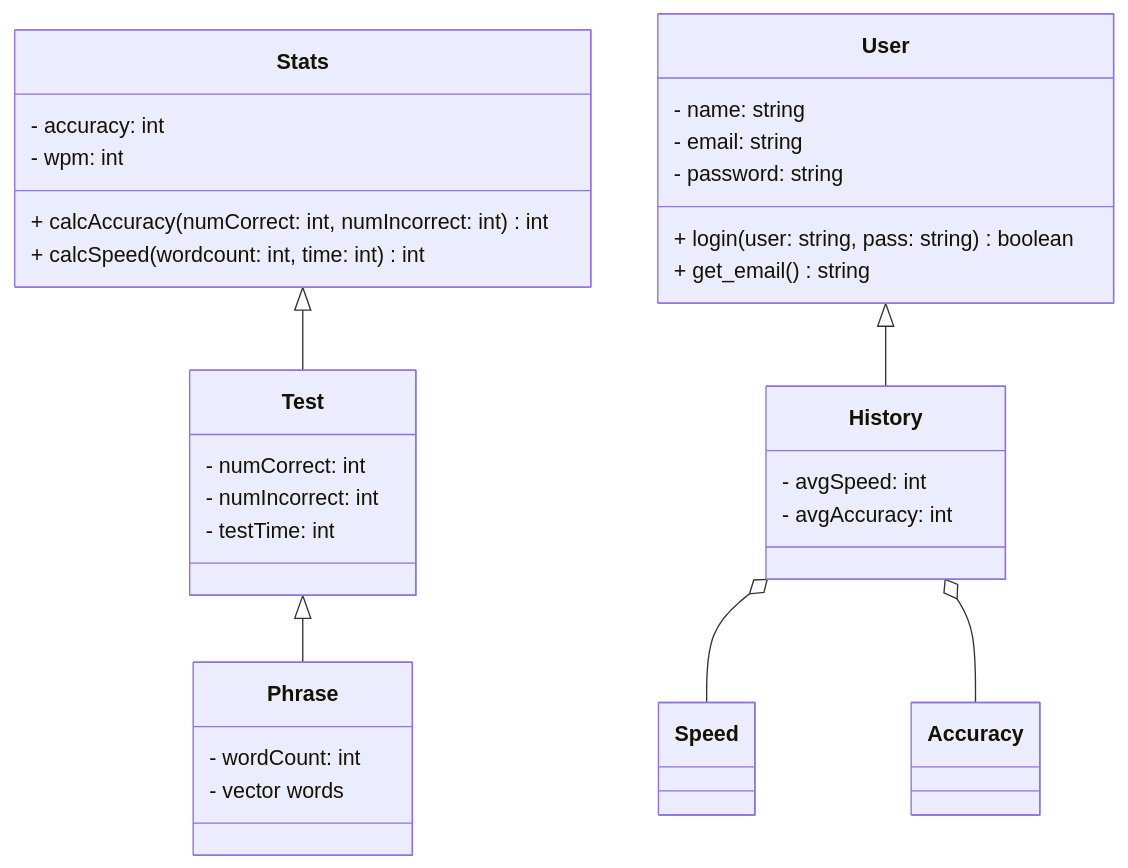
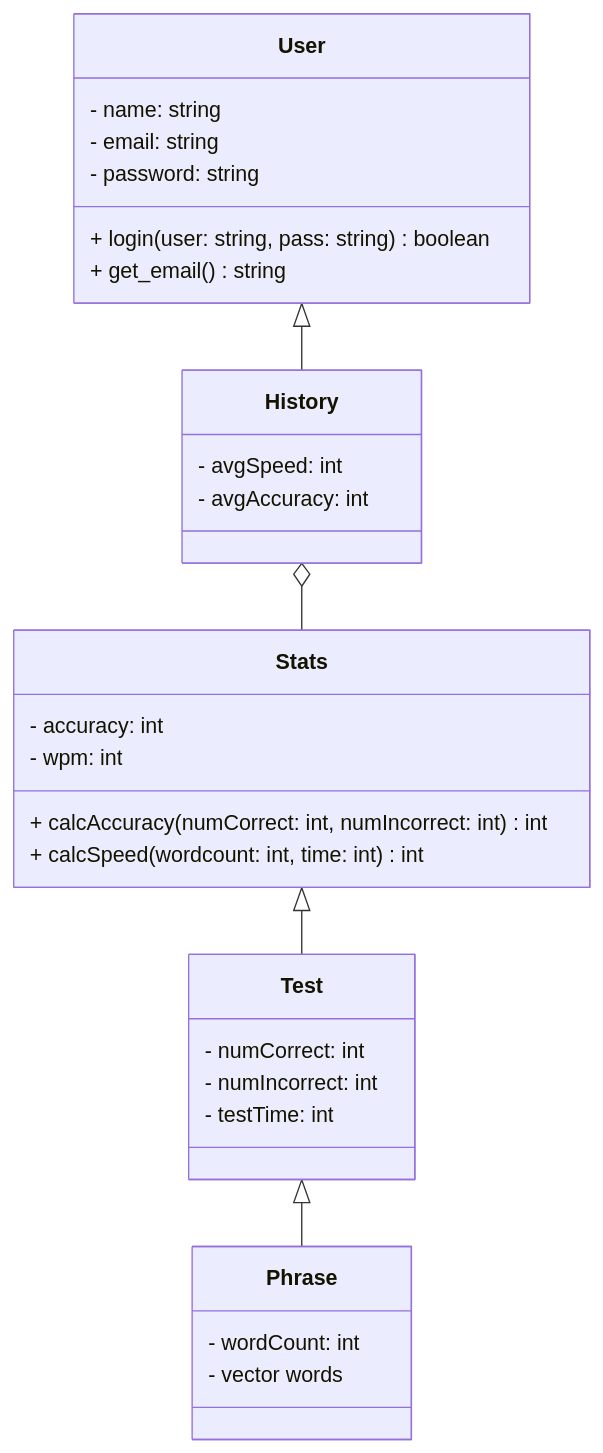
One commit to sbandaya/tippitytappity-design changed the diagram in README.md. Above: the diagram before and after it, drawn with Mermaid.

Commit message:
Update class diagram in README.md

````diff
--- a/README.md
+++ b/README.md
@@ -8,39 +8,38 @@
 ```mermaid
 classDiagram
   Stats <|-- Test
   Test <|-- Phrase
   User <|-- History
-  History o-- Speed
-  History o-- Accuracy
+  History o-- Stats
   
   class User{
         - name: string
         - email: string
         - password: string
         + login(user: string, pass: string) boolean
         + get_email() string
   }
   class Stats{
         - accuracy: int
         - wpm: int
         + calcAccuracy( numCorrect: int, numIncorrect: int) int
         + calcSpeed( wordcount: int, time: int) int
 
   }
   
   class Phrase{
         - wordCount: int
         - vector<string> words
         
   }
   class Test{
         - numCorrect: int
         - numIncorrect: int
         - testTime: int
   }
   class History{
         - avgSpeed: int
         - avgAccuracy: int
   }
   
 ```
````
